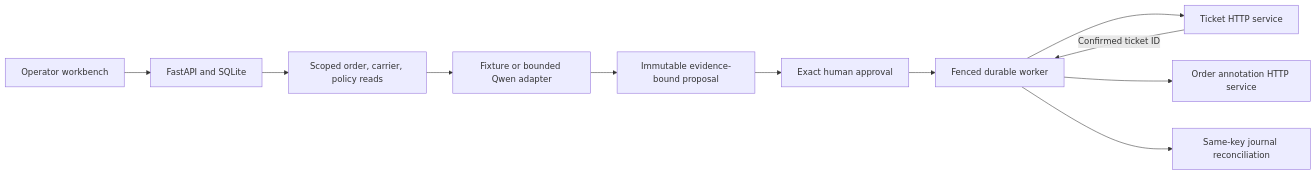
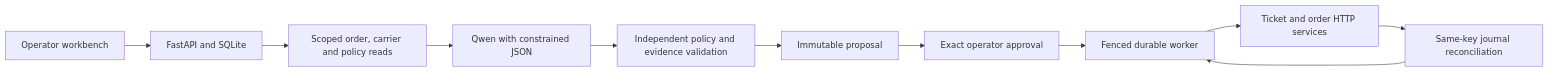
Before and after one commit to rbtbuilds/casework-agent: the diagram in README.md, drawn with Mermaid. The commit also changed other lines of this file and 14 other files, not shown here.

````diff
--- a/README.md
+++ b/README.md
@@ -32,13 +32,13 @@
 ```mermaid
 flowchart LR
   UI[Operator workbench] --> API[FastAPI and SQLite]
-  API --> Reads[Scoped order, carrier, policy reads]
-  Reads --> Agent[Fixture or bounded Qwen adapter]
-  Agent --> Proposal[Immutable evidence-bound proposal]
-  Proposal --> Approval[Exact human approval]
+  API --> Reads[Scoped order, carrier and policy reads]
+  Reads --> Qwen[Qwen with constrained JSON]
+  Qwen --> Validation[Independent policy and evidence validation]
+  Validation --> Proposal[Immutable proposal]
+  Proposal --> Approval[Exact operator approval]
   Approval --> Worker[Fenced durable worker]
-  Worker --> Ticket[Ticket HTTP service]
-  Worker --> Annotation[Order annotation HTTP service]
-  Ticket -- Confirmed ticket ID --> Worker
-  Worker --> Journal[Same-key journal reconciliation]
+  Worker --> Services[Ticket and order HTTP services]
+  Services --> Journal[Same-key journal reconciliation]
+  Journal --> Worker
 ```
````
